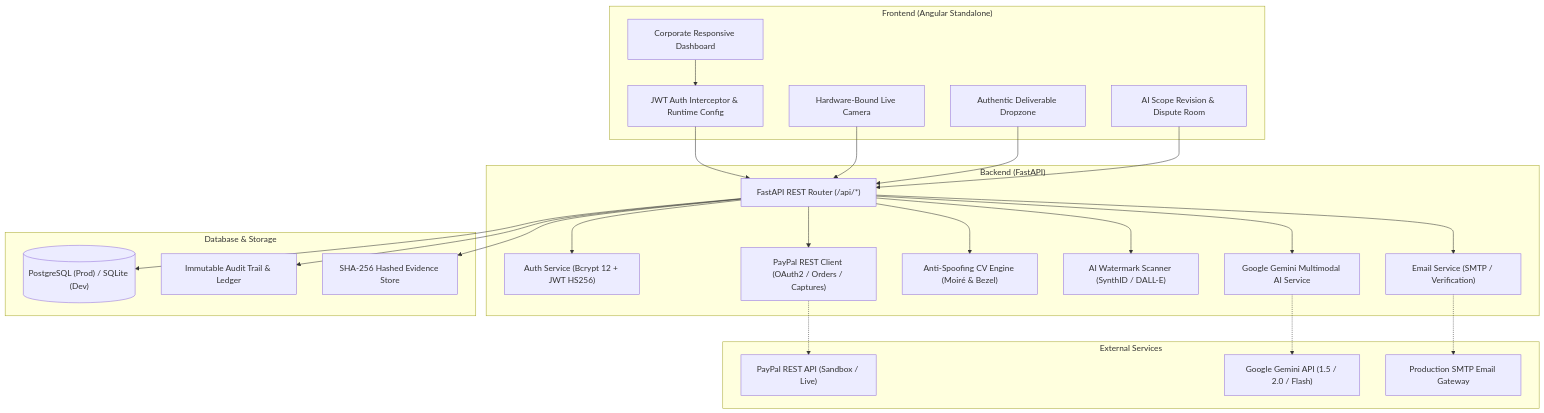
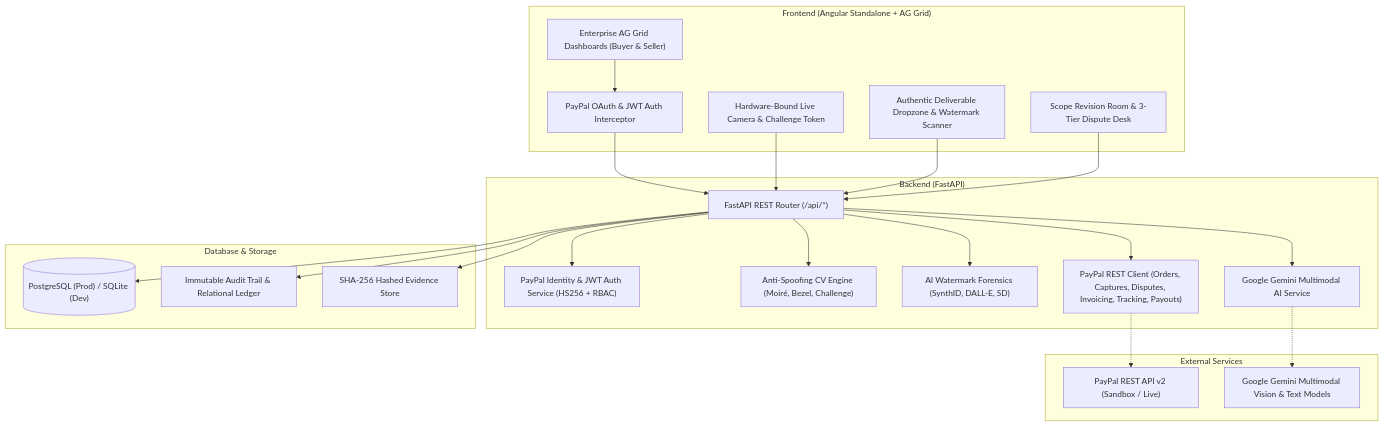
The first of 2 diagrams in README.md (sahi26/PayPal---Hackathon), drawn with Mermaid before and after one commit. The commit also changed other lines of this file, not shown here.

Commit message:
docs: synchronize README with implemented features and architecture

````diff
--- a/README.md
+++ b/README.md
@@ -53,52 +55,48 @@
 ```mermaid
 flowchart TD
-    subgraph ClientApp ["Frontend (Angular Standalone)"]
-        UI["Corporate Responsive Dashboard"]
-        Cam["Hardware-Bound Live Camera"]
-        Drop["Authentic Deliverable Dropzone"]
-        Rev["AI Scope Revision & Dispute Room"]
-        AuthInt["JWT Auth Interceptor & Runtime Config"]
+    subgraph ClientApp ["Frontend (Angular Standalone + AG Grid)"]
+        UI["Enterprise AG Grid Dashboards (Buyer & Seller)"]
+        Cam["Hardware-Bound Live Camera & Challenge Token"]
+        Drop["Authentic Deliverable Dropzone & Watermark Scanner"]
+        Rev["Scope Revision Room & 3-Tier Dispute Desk"]
+        AuthInt["PayPal OAuth & JWT Auth Interceptor"]
     end
 
     subgraph APIGateway ["Backend (FastAPI)"]
         Router["FastAPI REST Router (/api/*)"]
-        AuthSvc["Auth Service (Bcrypt 12 + JWT HS256)"]
-        EmailSvc["Email Service (SMTP / Verification)"]
-        CVEngine["Anti-Spoofing CV Engine (Moiré & Bezel)"]
-        WMEngine["AI Watermark Scanner (SynthID / DALL-E)"]
+        AuthSvc["PayPal Identity & JWT Auth Service (HS256 + RBAC)"]
+        CVEngine["Anti-Spoofing CV Engine (Moiré, Bezel, Challenge)"]
+        WMEngine["AI Watermark Forensics (SynthID, DALL-E, SD)"]
         GeminiSvc["Google Gemini Multimodal AI Service"]
-        PayPalSvc["PayPal REST Client (OAuth2 / Orders / Captures)"]
+        PayPalSvc["PayPal REST Client (Orders, Captures, Disputes, Invoicing, Tracking, Payouts)"]
     end
 
     subgraph Storage ["Database & Storage"]
         DB[("PostgreSQL (Prod) / SQLite (Dev)")]
-        Ledger["Immutable Audit Trail & Ledger"]
+        Ledger["Immutable Audit Trail & Relational Ledger"]
         Uploads["SHA-256 Hashed Evidence Store"]
     end
 
     subgraph External ["External Services"]
-        PP["PayPal REST API (Sandbox / Live)"]
-        GenAI["Google Gemini API (1.5 / 2.0 / Flash)"]
-        SMTPRelay["Production SMTP Email Gateway"]
+        PP["PayPal REST API v2 (Sandbox / Live)"]
+        GenAI["Google Gemini Multimodal Vision & Text Models"]
     end
 
     UI --> AuthInt
     AuthInt --> Router
     Cam --> Router
     Drop --> Router
     Rev --> Router
 
     Router --> AuthSvc
-    Router --> EmailSvc
     Router --> CVEngine
     Router --> WMEngine
     Router --> GeminiSvc
     Router --> PayPalSvc
     Router --> DB
     Router --> Ledger
     Router --> Uploads
 
-    EmailSvc -.-> SMTPRelay
     GeminiSvc -.-> GenAI
     PayPalSvc -.-> PP
 ```
````
